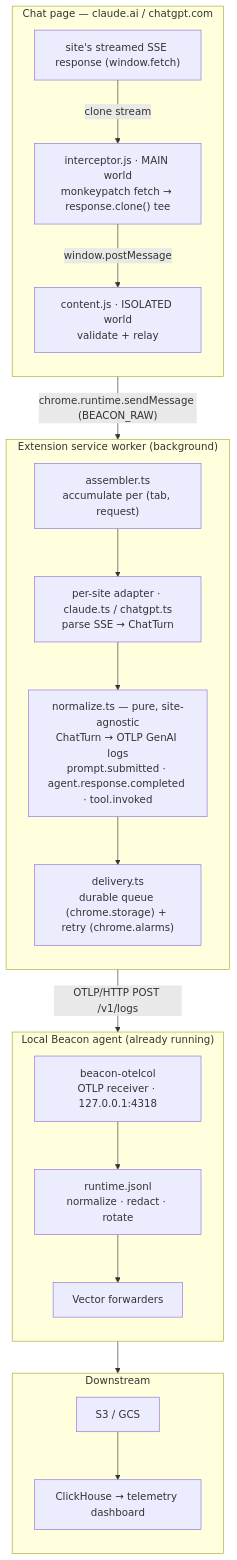
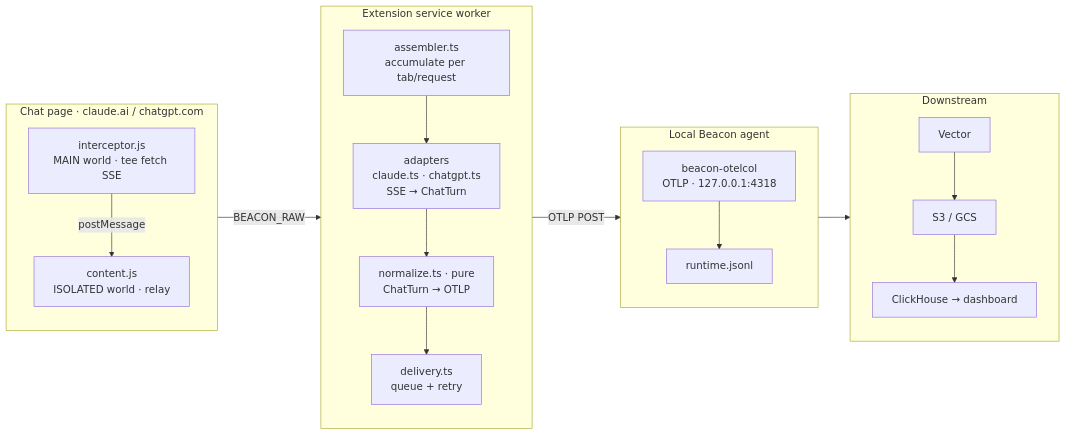
One commit to Asymptote-Labs/agent-beacon changed the diagram in browser-extension/README.md. Above: the diagram before and after it, drawn with Mermaid. The commit also changed other lines of this file, not shown here.

Commit message:
docs: make architecture diagram horizontal (LR lanes) and skimmable

````diff
--- a/browser-extension/README.md
+++ b/browser-extension/README.md
@@ -18,39 +18,37 @@
 ```mermaid
-flowchart TB
-    subgraph PAGE["Chat page — claude.ai / chatgpt.com"]
+flowchart LR
+    subgraph PAGE["Chat page · claude.ai / chatgpt.com"]
         direction TB
-        FETCH["site's streamed SSE response (window.fetch)"]
-        MAIN["interceptor.js · MAIN world<br/>monkeypatch fetch → response.clone() tee"]
-        ISO["content.js · ISOLATED world<br/>validate + relay"]
-        FETCH -->|clone stream| MAIN
-        MAIN -->|window.postMessage| ISO
+        MAIN["interceptor.js<br/>MAIN world · tee fetch SSE"]
+        ISO["content.js<br/>ISOLATED world · relay"]
+        MAIN -->|postMessage| ISO
     end
 
-    subgraph SW["Extension service worker (background)"]
+    subgraph SW["Extension service worker"]
         direction TB
-        ASM["assembler.ts<br/>accumulate per (tab, request)"]
-        ADP["per-site adapter · claude.ts / chatgpt.ts<br/>parse SSE → ChatTurn"]
-        NRM["normalize.ts — pure, site-agnostic<br/>ChatTurn → OTLP GenAI logs<br/>prompt.submitted · agent.response.completed · tool.invoked"]
-        DLV["delivery.ts<br/>durable queue (chrome.storage) + retry (chrome.alarms)"]
+        ASM["assembler.ts<br/>accumulate per tab/request"]
+        ADP["adapters<br/>claude.ts · chatgpt.ts<br/>SSE → ChatTurn"]
+        NRM["normalize.ts · pure<br/>ChatTurn → OTLP"]
+        DLV["delivery.ts<br/>queue + retry"]
         ASM --> ADP --> NRM --> DLV
     end
 
-    subgraph BEACON["Local Beacon agent (already running)"]
+    subgraph BEACON["Local Beacon agent"]
         direction TB
-        COL["beacon-otelcol<br/>OTLP receiver · 127.0.0.1:4318"]
-        JSONL["runtime.jsonl<br/>normalize · redact · rotate"]
-        VEC["Vector forwarders"]
-        COL --> JSONL --> VEC
+        COL["beacon-otelcol<br/>OTLP · 127.0.0.1:4318"]
+        JSONL["runtime.jsonl"]
+        COL --> JSONL
     end
 
     subgraph DOWN["Downstream"]
         direction TB
+        VEC["Vector"]
         OBJ["S3 / GCS"]
-        DASH["ClickHouse → telemetry dashboard"]
-        OBJ --> DASH
+        DASH["ClickHouse → dashboard"]
+        VEC --> OBJ --> DASH
     end
 
-    ISO -->|"chrome.runtime.sendMessage (BEACON_RAW)"| ASM
-    DLV -->|"OTLP/HTTP POST /v1/logs"| COL
-    VEC --> OBJ
+    ISO -->|BEACON_RAW| ASM
+    DLV -->|OTLP POST| COL
+    JSONL --> VEC
 ```
````
